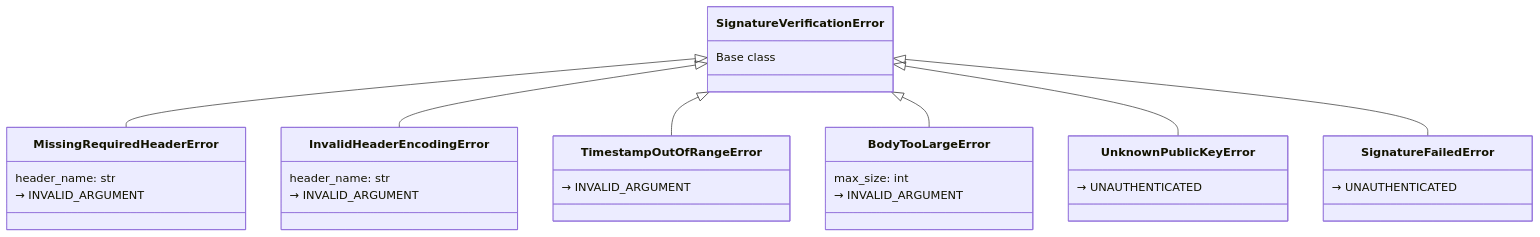
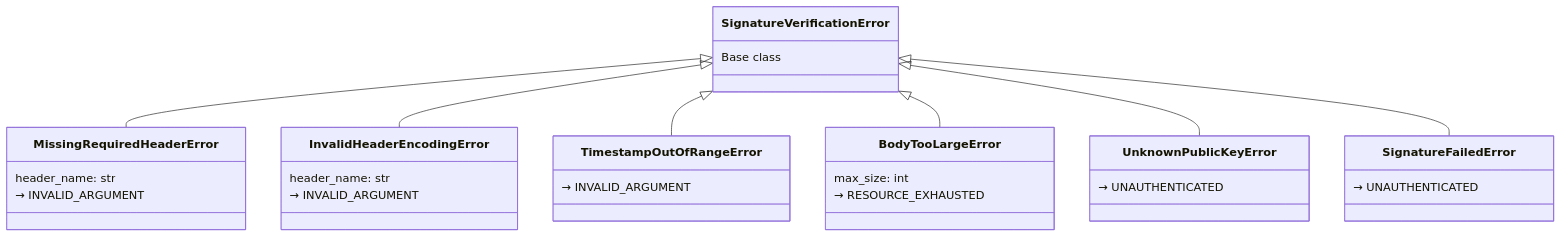
Before and after one commit to t-0-network/provider-sdk: the eighth of 9 diagrams in docs/python/ARCHITECTURE.md, drawn with Mermaid. The commit also changed other lines of this file and 95 other files, not shown here.

````diff
--- a/docs/python/ARCHITECTURE.md
+++ b/docs/python/ARCHITECTURE.md
@@ -464,34 +464,34 @@
 ```mermaid
 classDiagram
     class SignatureVerificationError {
         Base class
     }
     class MissingRequiredHeaderError {
         header_name: str
         → INVALID_ARGUMENT
     }
     class InvalidHeaderEncodingError {
         header_name: str
         → INVALID_ARGUMENT
     }
     class TimestampOutOfRangeError {
         → INVALID_ARGUMENT
     }
     class BodyTooLargeError {
         max_size: int
-        → INVALID_ARGUMENT
+        → RESOURCE_EXHAUSTED
     }
     class UnknownPublicKeyError {
         → UNAUTHENTICATED
     }
     class SignatureFailedError {
         → UNAUTHENTICATED
     }
 
     SignatureVerificationError <|-- MissingRequiredHeaderError
     SignatureVerificationError <|-- InvalidHeaderEncodingError
     SignatureVerificationError <|-- TimestampOutOfRangeError
     SignatureVerificationError <|-- BodyTooLargeError
     SignatureVerificationError <|-- UnknownPublicKeyError
     SignatureVerificationError <|-- SignatureFailedError
 ```
````
